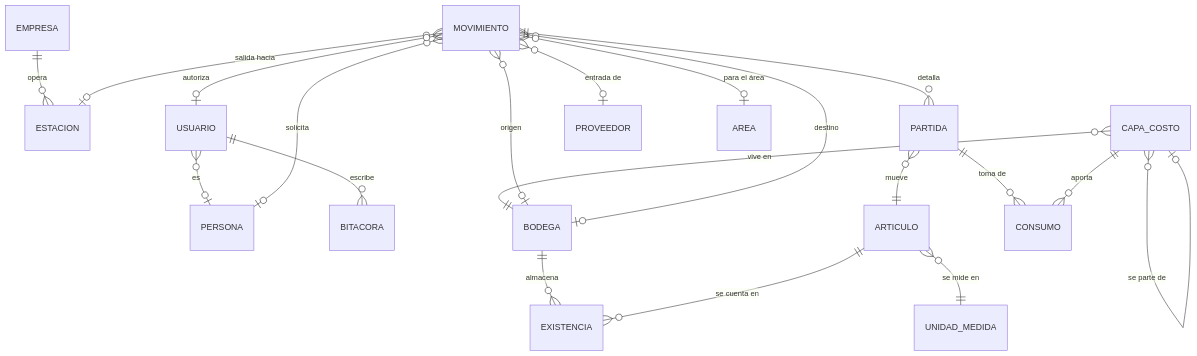
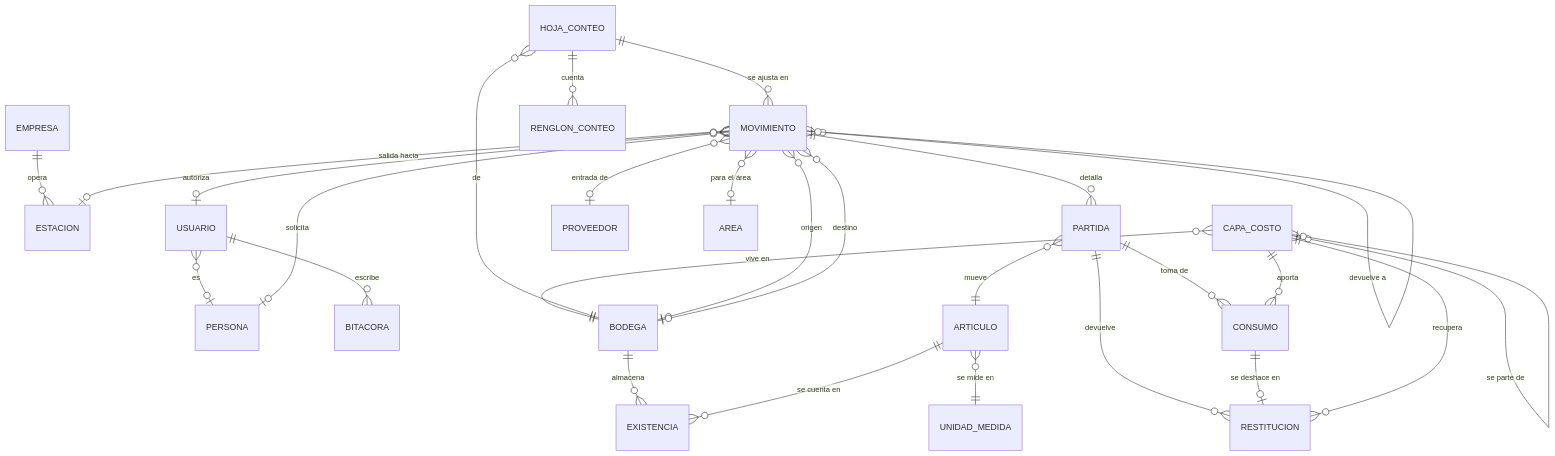
One commit to callmejazzz/BodeGasosur changed the diagram in docs/02-modelo-de-datos.md. Above: the diagram before and after it, drawn with Mermaid. The commit also changed other lines of this file and 114 other files, not shown here.

````diff
--- a/docs/02-modelo-de-datos.md
+++ b/docs/02-modelo-de-datos.md
@@ -17,26 +19,35 @@
 ```mermaid
 erDiagram
     EMPRESA     ||--o{ ESTACION  : "opera"
 
     USUARIO     }o--o| PERSONA   : "es"
     USUARIO     ||--o{ BITACORA  : "escribe"
 
     BODEGA      ||--o{ EXISTENCIA : "almacena"
     ARTICULO    ||--o{ EXISTENCIA : "se cuenta en"
     ARTICULO    }o--|| UNIDAD_MEDIDA : "se mide en"
 
     MOVIMIENTO  ||--o{ PARTIDA   : "detalla"
     PARTIDA     }o--|| ARTICULO   : "mueve"
     PARTIDA     ||--o{ CONSUMO    : "toma de"
     CAPA_COSTO  ||--o{ CONSUMO    : "aporta"
     CAPA_COSTO  }o--o| CAPA_COSTO : "se parte de"
     CAPA_COSTO  }o--|| BODEGA     : "vive en"
+    PARTIDA     ||--o{ RESTITUCION : "devuelve"
+    CONSUMO     ||--o| RESTITUCION : "se deshace en"
+    CAPA_COSTO  ||--o{ RESTITUCION : "recupera"
+
+    HOJA_CONTEO ||--o{ RENGLON_CONTEO : "cuenta"
+    HOJA_CONTEO ||--o{ MOVIMIENTO     : "se ajusta en"
+    HOJA_CONTEO }o--|| BODEGA         : "de"
 
     MOVIMIENTO  }o--o| BODEGA    : "origen"
     MOVIMIENTO  }o--o| BODEGA    : "destino"
     MOVIMIENTO  }o--o| PROVEEDOR : "entrada de"
     MOVIMIENTO  }o--o| ESTACION  : "salida hacia"
     MOVIMIENTO  }o--o| AREA      : "para el área"
     MOVIMIENTO  }o--o| PERSONA   : "solicita"
     MOVIMIENTO  }o--o| USUARIO   : "autoriza"
+    MOVIMIENTO  |o--o| MOVIMIENTO : "revierte a"
+    MOVIMIENTO  }o--o| MOVIMIENTO : "devuelve a"
 ```
````
